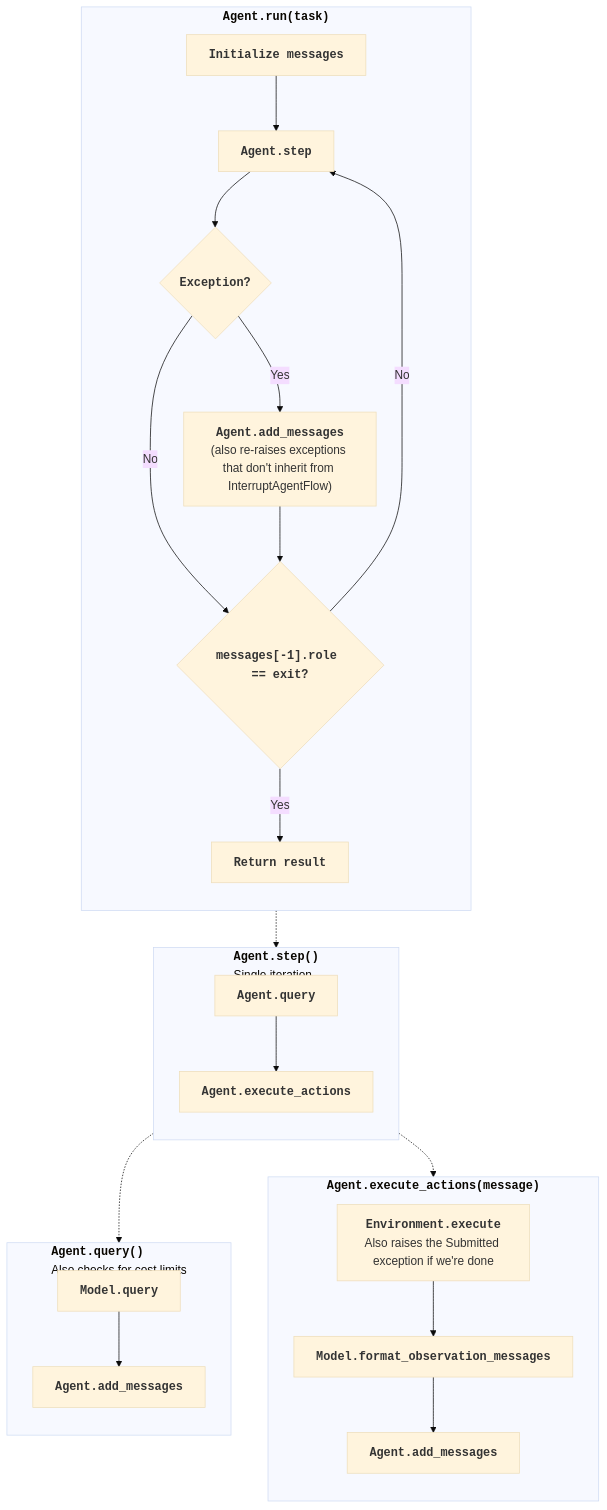
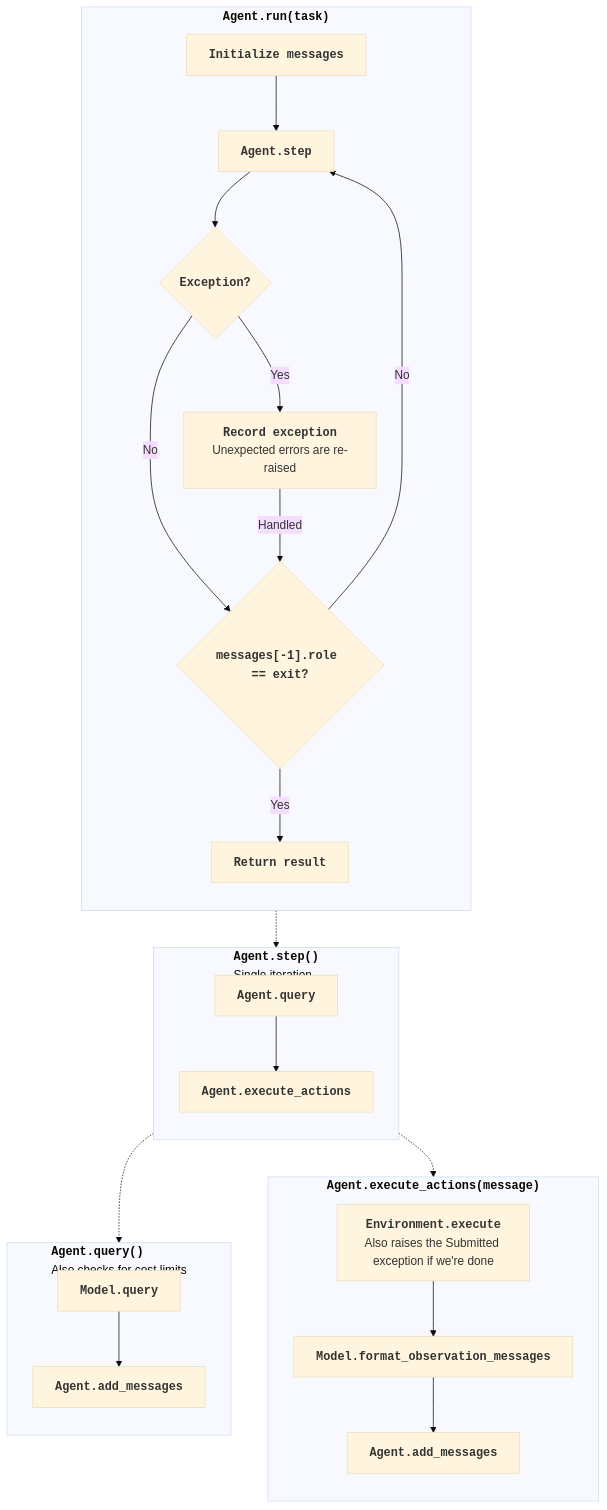
The diagram in docs/advanced/control_flow.md (zeyu-zheng/Leanimum-agent), drawn with Mermaid (base theme) before and after one commit. The commit also changed other lines of this file and 113 other files, not shown here.

````diff
--- a/docs/advanced/control_flow.md
+++ b/docs/advanced/control_flow.md
@@ -14,33 +14,33 @@
 ```mermaid
 flowchart TD
     subgraph run["<b><code>Agent.run(task)</code></b>"]
         direction TB
         A["<b><code>Initialize messages</code></b>"] --> B
         B["<b><code>Agent.step</code></b>"] --> C{"<b><code>Exception?</code></b>"}
-        C -->|Yes| D["<b><code>Agent.add_messages</code></b><br/>(also re-raises exceptions that don't inherit from InterruptAgentFlow)"]
+        C -->|Yes| D["<b><code>Record exception</code></b><br/>Unexpected errors are re-raised"]
         C -->|No| E{"<b><code>messages[-1].role == exit?</code></b>"}
-        D --> E
+        D -->|Handled| E
         E -->|No| B
         E -->|Yes| F["<b><code>Return result</code></b>"]
     end
 
     subgraph step["<b><code>Agent.step()</code></b><br>Single iteration</br>"]
         direction TB
         S1["<b><code>Agent.query</code></b>"] --> S2["<b><code>Agent.execute_actions</code></b>"]
     end
 
     subgraph query["<b><code>Agent.query()</code></b><br>Also checks for cost limits</br><br></br>"]
         direction TB
         Q3["<b><code>Model.query</code></b>"] --> Q4["<b><code>Agent.add_messages</code></b>"]
     end
 
     subgraph execute_actions["<b><code>Agent.execute_actions(message)</code></b>"]
         direction TB
         E2["<b><code>Environment.execute</code></b><br/>Also raises the Submitted exception if we're done"] --> E3["<b><code>Model.format_observation_messages</code></b>"]
         E3 --> E4["<b><code>Agent.add_messages</code></b>"]
     end
 
     B -.-> step
     S1 -.-> query
     S2 -.-> execute_actions
 ```
````
